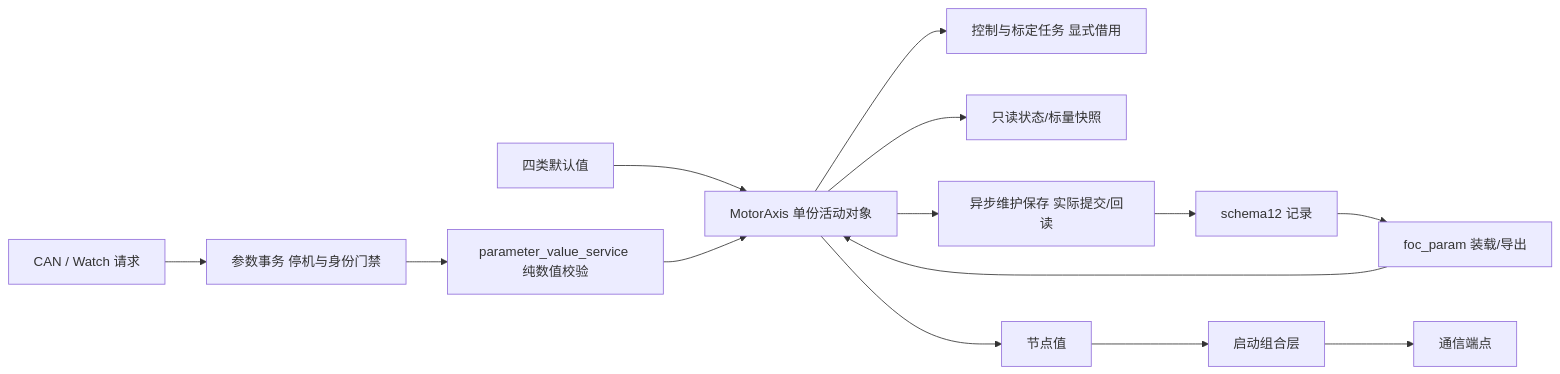
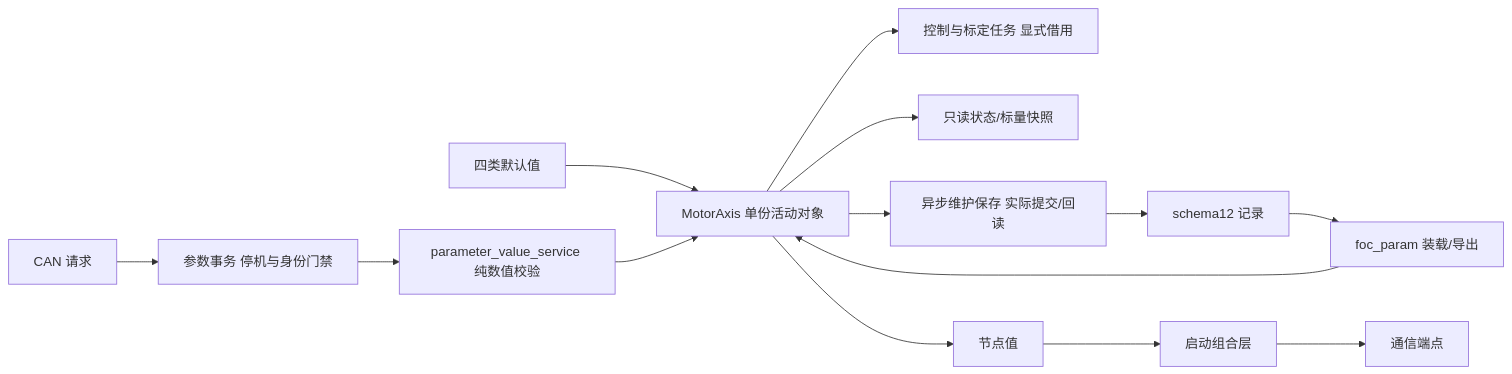
The diagram in docs/architecture/parameter_ownership_v1.md (haoyang877/Vector_Mini_ST_Firmware), drawn with Mermaid before and after one commit. The commit also changed other lines of this file and 15 other files, not shown here.

````diff
--- a/docs/architecture/parameter_ownership_v1.md
+++ b/docs/architecture/parameter_ownership_v1.md
@@ -33,16 +34,16 @@
 ```mermaid
 flowchart LR
     Defaults[四类默认值] --> Owner[MotorAxis 单份活动对象]
     Store[schema12 记录] --> Adapter[foc_param 装载/导出]
     Adapter --> Owner
-    Command[CAN / Watch 请求] --> Gate[参数事务 停机与身份门禁]
+    Command[CAN 请求] --> Gate[参数事务 停机与身份门禁]
     Gate --> Value[parameter_value_service 纯数值校验]
     Value --> Owner
     Owner --> Control[控制与标定任务 显式借用]
     Owner --> Snapshot[只读状态/标量快照]
     Owner --> Save[异步维护保存 实际提交/回读]
     Save --> Store
     Owner --> Node[节点值]
     Node --> Board[启动组合层]
     Board --> Endpoint[通信端点]
 ```
````
